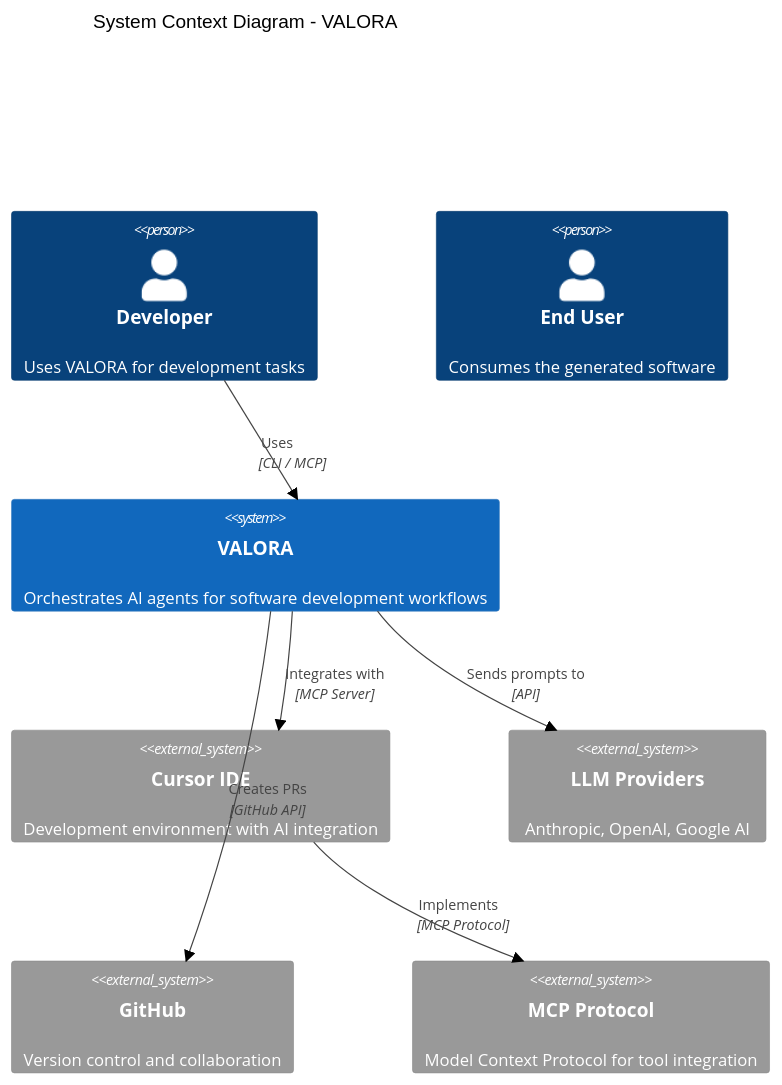
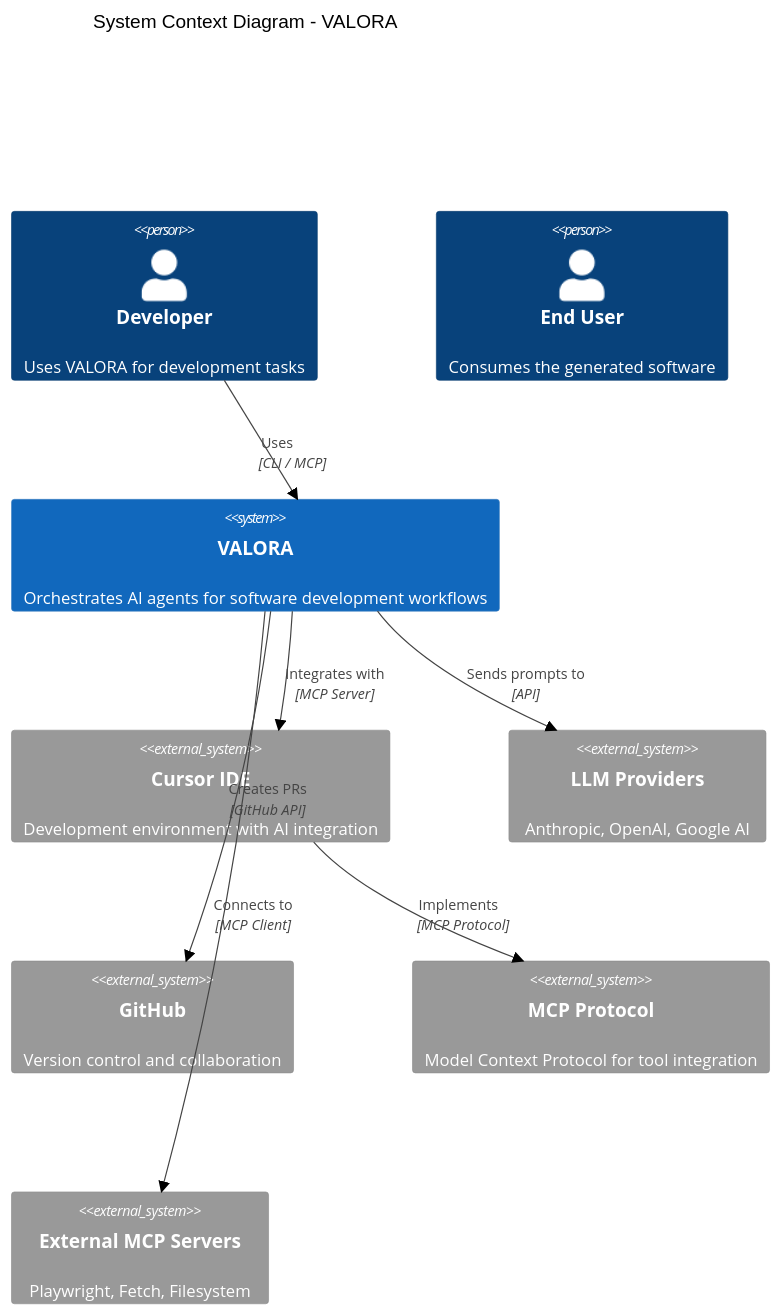
One commit to windagency/valora.ai changed the first of 2 diagrams in .ai/documentation/README.md. Above: the diagram before and after it, drawn with Mermaid (forest theme). The commit also changed other lines of this file and 49 other files, not shown here.

````diff
--- a/.ai/documentation/README.md
+++ b/.ai/documentation/README.md
@@ -31,20 +32,22 @@
 ```mermaid
 C4Context
     title System Context Diagram - VALORA
 
     Person(developer, "Developer", "Uses VALORA for development tasks")
     Person(user, "End User", "Consumes the generated software")
 
     System(orchestrator, "VALORA", "Orchestrates AI agents for software development workflows")
 
     System_Ext(cursor, "Cursor IDE", "Development environment with AI integration")
     System_Ext(llm_providers, "LLM Providers", "Anthropic, OpenAI, Google AI")
     System_Ext(github, "GitHub", "Version control and collaboration")
     System_Ext(mcp, "MCP Protocol", "Model Context Protocol for tool integration")
+    System_Ext(ext_mcp, "External MCP Servers", "Playwright, Fetch, Filesystem")
 
     Rel(developer, orchestrator, "Uses", "CLI / MCP")
     Rel(orchestrator, cursor, "Integrates with", "MCP Server")
     Rel(orchestrator, llm_providers, "Sends prompts to", "API")
     Rel(orchestrator, github, "Creates PRs", "GitHub API")
+    Rel(orchestrator, ext_mcp, "Connects to", "MCP Client")
     Rel(cursor, mcp, "Implements", "MCP Protocol")
 ```
````
